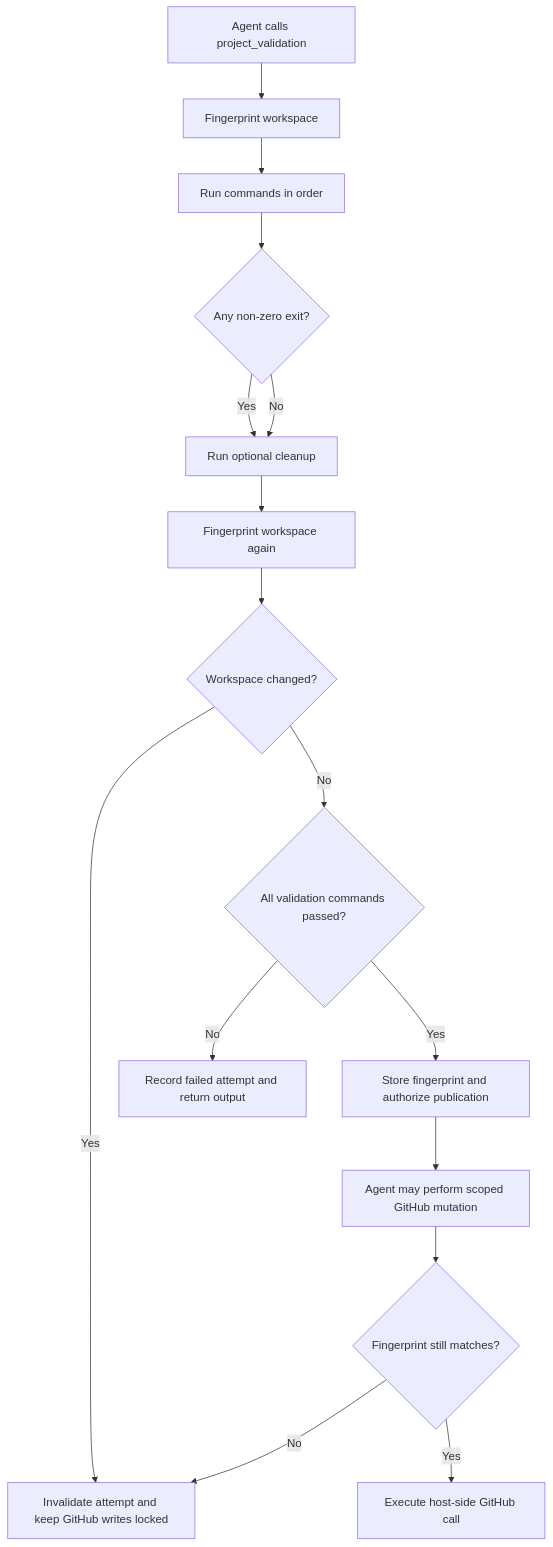
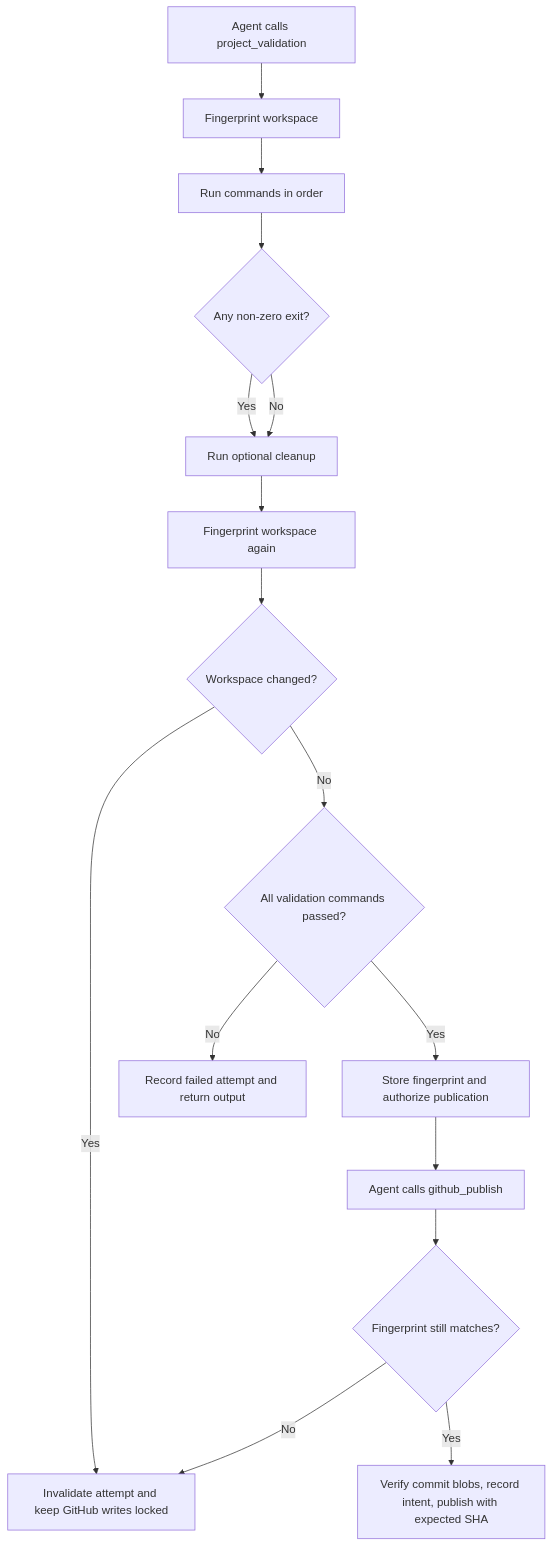
The eighth of 12 diagrams in docs/ARCHITECTURE.md (mahfouzalsheikh/tempo), drawn with Mermaid before and after one commit. The commit also changed other lines of this file and 14 other files, not shown here.

Commit message:
feat: add controlled GitHub publication and recovery

````diff
--- a/docs/ARCHITECTURE.md
+++ b/docs/ARCHITECTURE.md
@@ -490,18 +492,18 @@
 ```mermaid
 flowchart TD
     Call["Agent calls project_validation"] --> Before["Fingerprint workspace"]
     Before --> Run["Run commands in order"]
     Run --> Failed{"Any non-zero exit?"}
     Failed -- Yes --> Cleanup["Run optional cleanup"]
     Failed -- No --> Cleanup
     Cleanup --> After["Fingerprint workspace again"]
     After --> Changed{"Workspace changed?"}
     Changed -- Yes --> Reject["Invalidate attempt and keep GitHub writes locked"]
     Changed -- No --> Passed{"All validation commands passed?"}
     Passed -- No --> Fail["Record failed attempt and return output"]
     Passed -- Yes --> Authorize["Store fingerprint and authorize publication"]
-    Authorize --> Mutation["Agent may perform scoped GitHub mutation"]
+    Authorize --> Mutation["Agent calls github_publish"]
     Mutation --> StillSame{"Fingerprint still matches?"}
     StillSame -- No --> Reject
-    StillSame -- Yes --> GitHub["Execute host-side GitHub call"]
+    StillSame -- Yes --> GitHub["Verify commit blobs, record intent, publish with expected SHA"]
 ```
````
